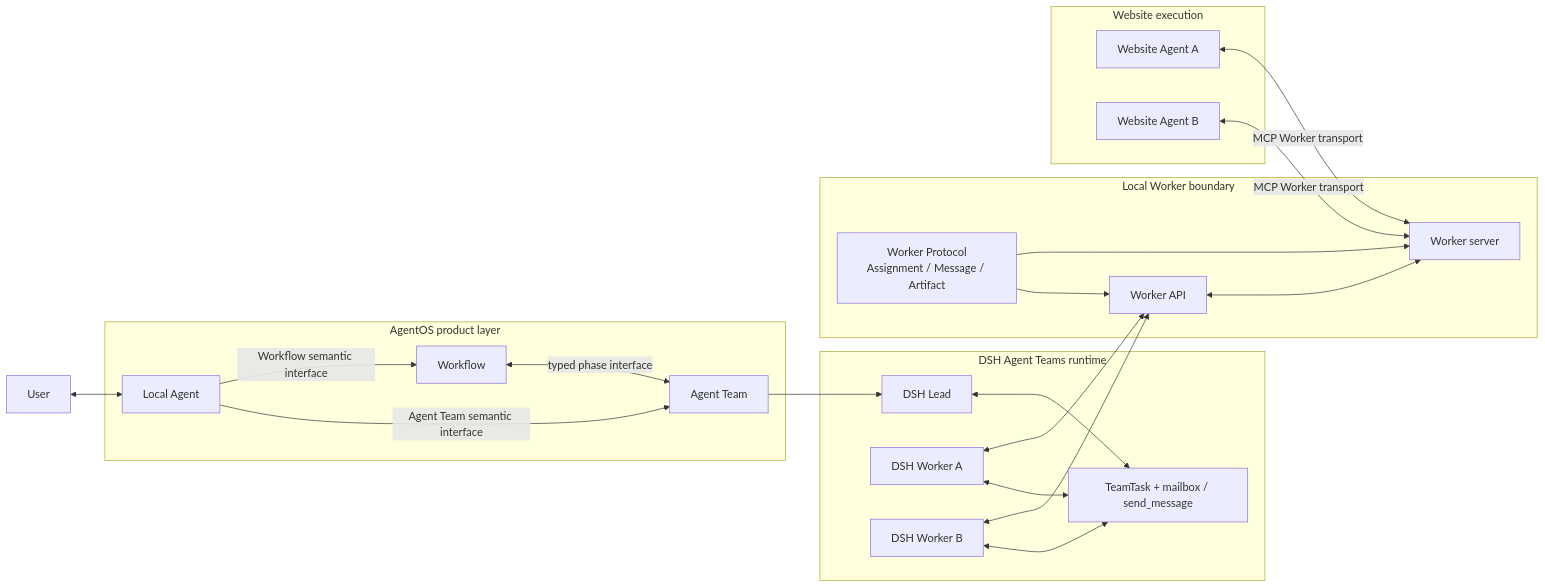
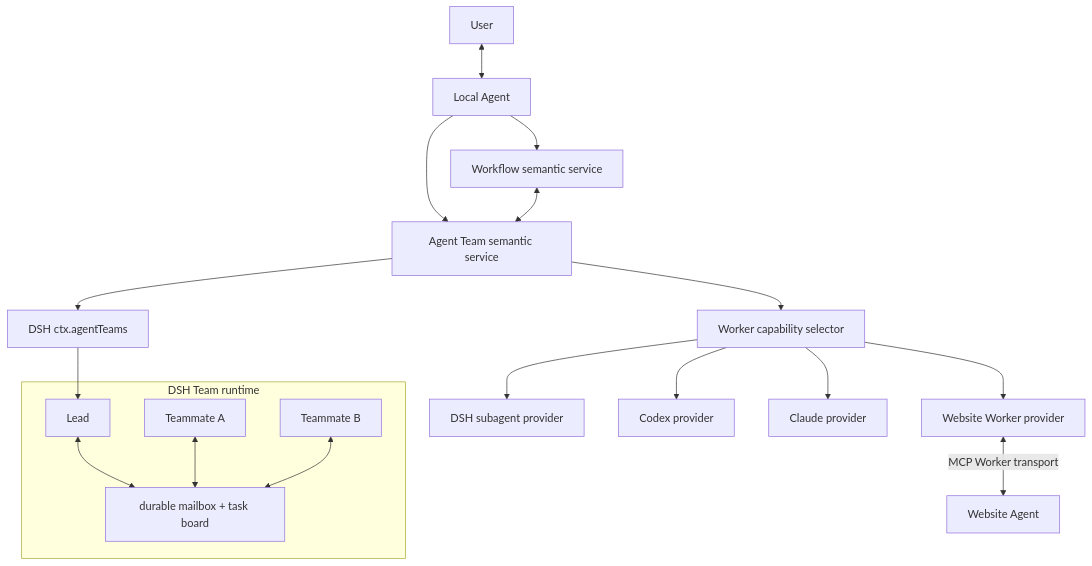
The first of 5 diagrams in docs/architecture/agent-communication.md (tsuuanmi/AgentOS), drawn with Mermaid before and after one commit. The commit also changed other lines of this file, not shown here.

Commit message:
docs: make communication Worker-provider neutral

```diff
--- a/docs/architecture/agent-communication.md
+++ b/docs/architecture/agent-communication.md
@@ -99,47 +98,31 @@
 ~~~mermaid
-flowchart LR
-    U[User]
+flowchart TB
+    User[User] <--> Local[Local Agent]
 
-    subgraph Product["AgentOS product layer"]
-        L[Local Agent]
-        WF[Workflow]
-        AT[Agent Team]
+    Local --> TeamService[Agent Team semantic service]
+    Local --> Workflow[Workflow semantic service]
+    Workflow <--> TeamService
+
+    TeamService --> TeamRuntime[DSH ctx.agentTeams]
+
+    subgraph Team["DSH Team runtime"]
+        Lead[Lead]
+        MemberA[Teammate A]
+        MemberB[Teammate B]
+        Mailbox[durable mailbox + task board]
+        Lead <--> Mailbox
+        MemberA <--> Mailbox
+        MemberB <--> Mailbox
     end
 
-    subgraph DSH["DSH Agent Teams runtime"]
-        Lead[DSH Lead]
-        DW1[DSH Worker A]
-        DW2[DSH Worker B]
-        MB[TeamTask + mailbox / send_message]
-    end
+    TeamRuntime --> Lead
 
-    subgraph Worker["Local Worker boundary"]
-        API[Worker API]
-        WS[Worker server]
-        WP[Worker Protocol<br/>Assignment / Message / Artifact]
-    end
+    TeamService --> Selector[Worker capability selector]
 
-    subgraph Website["Website execution"]
-        WA1[Website Agent A]
-        WA2[Website Agent B]
-    end
+    Selector --> DSHProvider[DSH subagent provider]
+    Selector --> Codex[Codex provider]
+    Selector --> Claude[Claude provider]
+    Selector --> WebProvider[Website Worker provider]
 
-    U <--> L
-    L -->|Agent Team semantic interface| AT
-    L -->|Workflow semantic interface| WF
-    WF <-->|typed phase interface| AT
-
-    AT --> Lead
-    Lead <--> MB
-    DW1 <--> MB
-    DW2 <--> MB
-
-    DW1 <--> API
-    DW2 <--> API
-    API <--> WS
-    WP --> API
-    WP --> WS
-
-    WA1 <-->|MCP Worker transport| WS
-    WA2 <-->|MCP Worker transport| WS
+    WebProvider <-->|MCP Worker transport| Website[Website Agent]
 ~~~
```
